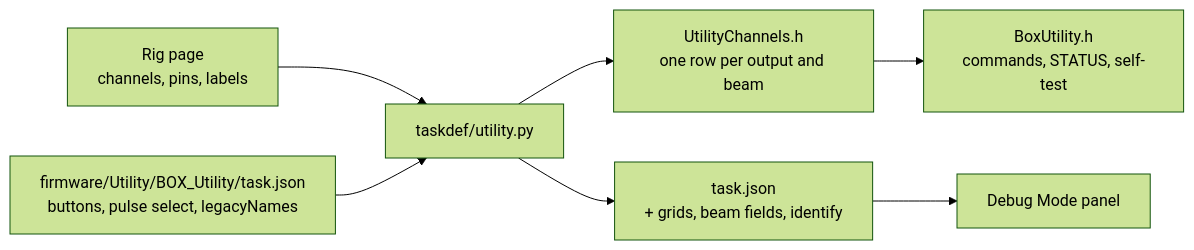
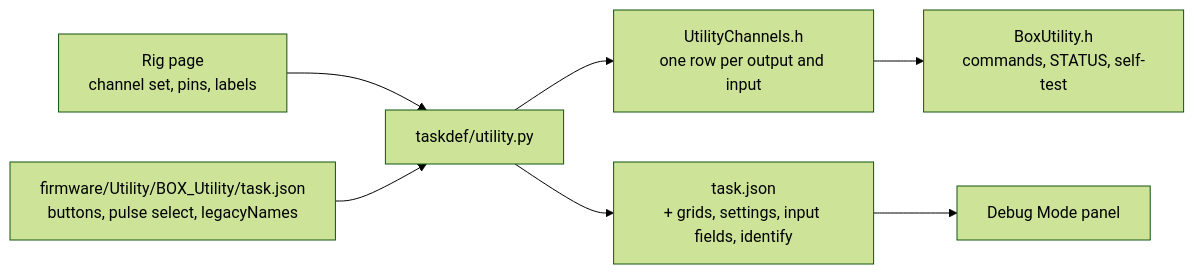
One commit to Chase-NJ/Ephymeris changed the third of 7 diagrams in docs/TASKS.md. Above: the diagram before and after it, drawn with Mermaid (forest theme). The commit also changed other lines of this file and 27 other files, not shown here.

First line of the commit message:
Generate BOX_Utility from channel types and roles, with a setting per driven output (#156)

````diff
--- a/docs/TASKS.md
+++ b/docs/TASKS.md
@@ -561,9 +561,9 @@
 ```mermaid
 flowchart LR
-    rig["Rig page<br/>channels, pins, labels"] --> gen["taskdef/utility.py"]
+    rig["Rig page<br/>channel set, pins, labels"] --> gen["taskdef/utility.py"]
     tmpl["firmware/Utility/BOX_Utility/task.json<br/>buttons, pulse select, legacyNames"] --> gen
-    gen --> h["UtilityChannels.h<br/>one row per output and beam"]
-    gen --> tj["task.json<br/>+ grids, beam fields, identify"]
+    gen --> h["UtilityChannels.h<br/>one row per output and input"]
+    gen --> tj["task.json<br/>+ grids, settings, input fields, identify"]
     h --> eng["BoxUtility.h<br/>commands, STATUS, self-test"]
     tj --> dm["Debug Mode panel"]
 ```
````
